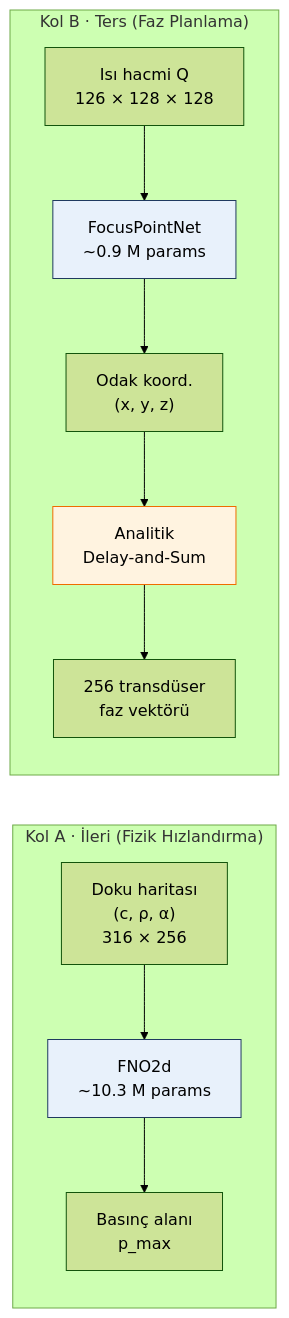
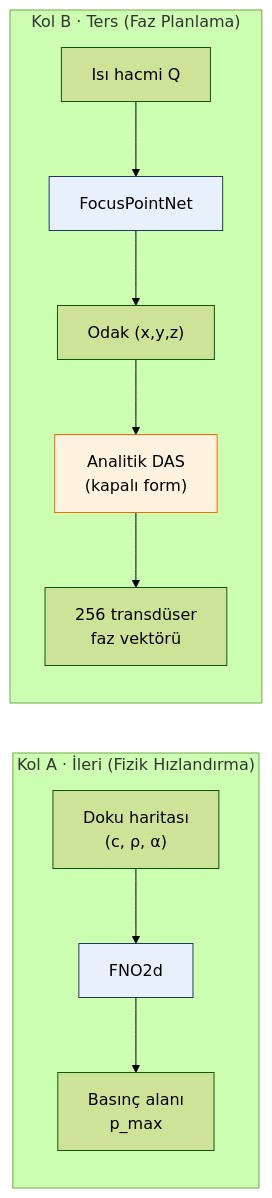
Before and after one commit to RsGoksel/Soft-Tissue: the diagram in README.md, drawn with Mermaid (forest theme). The commit also changed other lines of this file and 4 other files, not shown here.

````diff
--- a/README.md
+++ b/README.md
@@ -64,21 +25,17 @@
 ```mermaid
 flowchart LR
     subgraph KA["Kol A · İleri (Fizik Hızlandırma)"]
-        direction TB
-        T["Doku haritası<br/>(c, ρ, α)<br/>316 × 256"] --> F["FNO2d<br/>~10.3 M params"]
+        T["Doku haritası<br/>(c, ρ, α)"] --> F["FNO2d"]
         F --> P["Basınç alanı<br/>p_max"]
     end
-
     subgraph KB["Kol B · Ters (Faz Planlama)"]
-        direction TB
-        Q["Isı hacmi Q<br/>126 × 128 × 128"] --> FP["FocusPointNet<br/>~0.9 M params"]
-        FP --> C["Odak koord.<br/>(x, y, z)"]
-        C --> DAS["Analitik<br/>Delay-and-Sum"]
+        Q["Isı hacmi Q"] --> FP["FocusPointNet"]
+        FP --> C["Odak (x,y,z)"]
+        C --> DAS["Analitik DAS<br/>(kapalı form)"]
         DAS --> PH["256 transdüser<br/>faz vektörü"]
     end
-
-    classDef model fill:#e8f1fb,stroke:#1f3a5f,stroke-width:1px;
-    classDef analytic fill:#fff3e0,stroke:#ef6c00,stroke-width:1px;
+    classDef model fill:#e8f1fb,stroke:#1f3a5f;
+    classDef analytic fill:#fff3e0,stroke:#ef6c00;
     class F,FP model;
     class DAS analytic;
 ```
````
